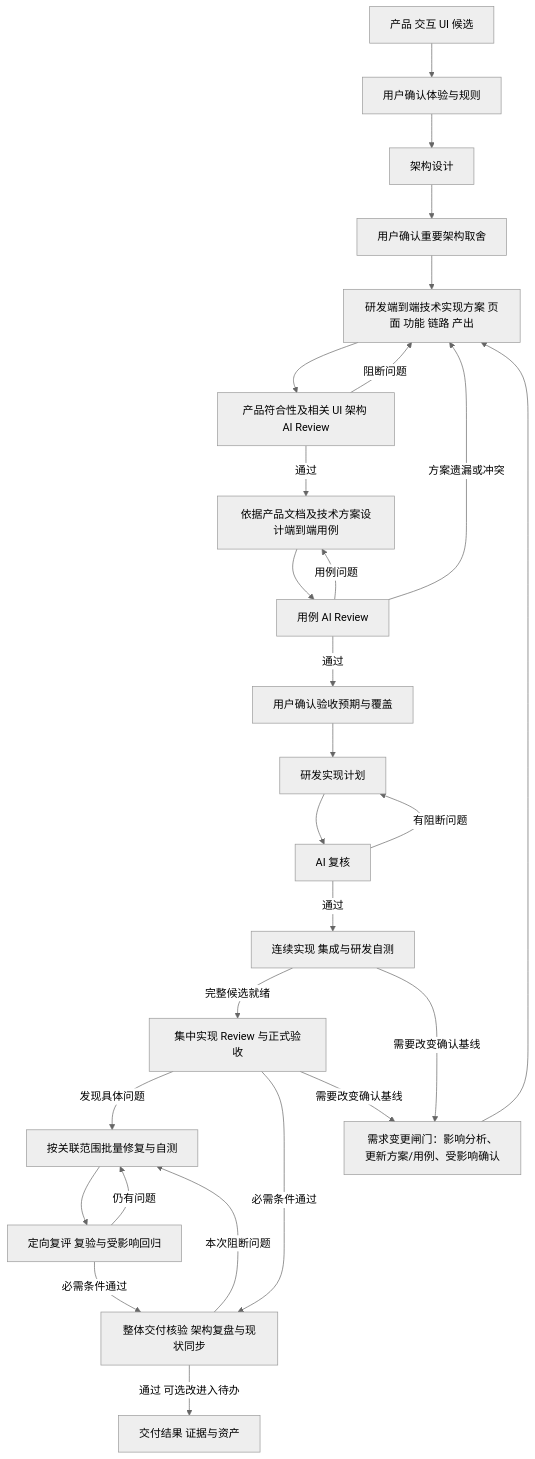
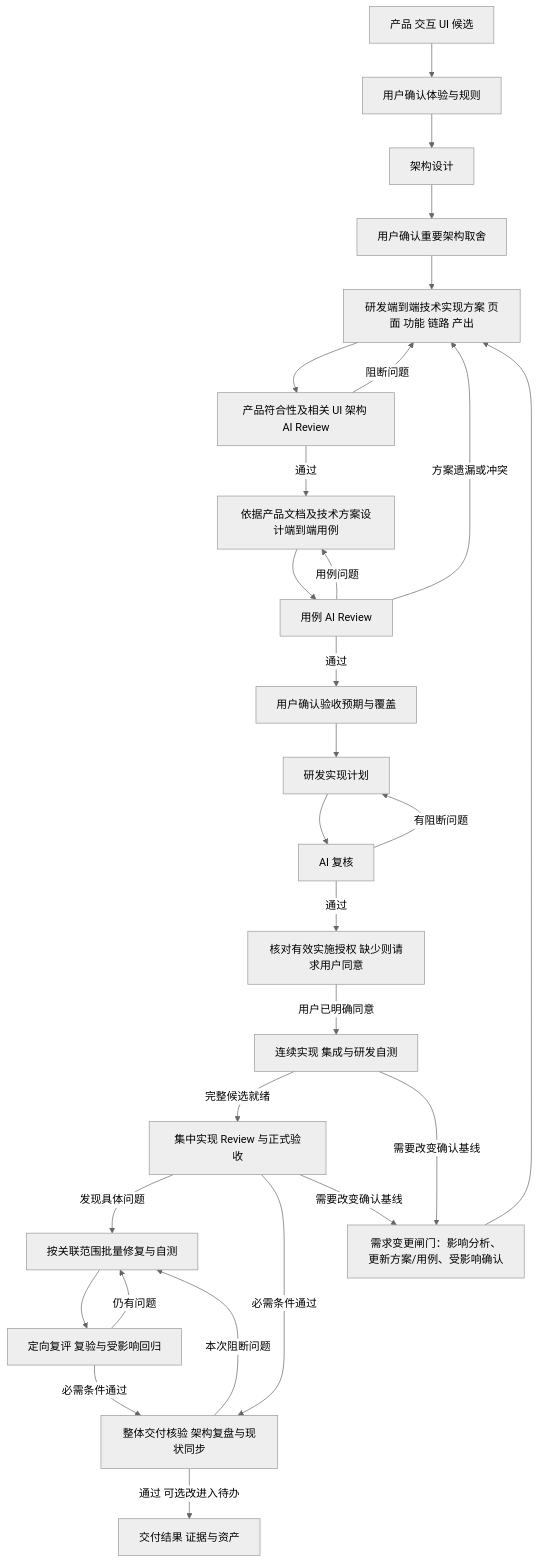
One commit to guoshencheng/dev-flow changed the diagram in skills/dev-flow/references/execution-contract.md. Above: the diagram before and after it, drawn with Mermaid (neutral theme). The commit also changed other lines of this file and 28 other files, not shown here.

Commit message:
feat(dev-flow): 完善实施授权与代码文档收尾

````diff
--- a/skills/dev-flow/references/execution-contract.md
+++ b/skills/dev-flow/references/execution-contract.md
@@ -100,29 +117,30 @@
 ```mermaid
 flowchart TD
     A[产品 交互 UI 候选] --> B[用户确认体验与规则]
     B --> C[架构设计]
     C --> D[用户确认重要架构取舍]
     D --> P[研发端到端技术实现方案 页面 功能 链路 产出]
     P --> Q[产品符合性及相关 UI 架构 AI Review]
     Q -->|阻断问题| P
     Q -->|通过| E[依据产品文档及技术方案设计端到端用例]
     E --> R[用例 AI Review]
     R -->|用例问题| E
     R -->|方案遗漏或冲突| P
     R -->|通过| F[用户确认验收预期与覆盖]
     F --> G[研发实现计划]
     G --> H[AI 复核]
     H -->|有阻断问题| G
-    H -->|通过| I[连续实现 集成与研发自测]
+    H -->|通过| S[核对有效实施授权 缺少则请求用户同意]
+    S -->|用户已明确同意| I[连续实现 集成与研发自测]
     I -->|完整候选就绪| J[集中实现 Review 与正式验收]
     J -->|发现具体问题| K[按关联范围批量修复与自测]
     K --> L[定向复评 复验与受影响回归]
     L -->|仍有问题| K
     J -->|必需条件通过| O[整体交付核验 架构复盘与现状同步]
     L -->|必需条件通过| O
     O -->|本次阻断问题| K
     O -->|通过 可选改进入待办| M[交付结果 证据与资产]
     I -->|需要改变确认基线| N[需求变更闸门：影响分析、更新方案/用例、受影响确认]
     J -->|需要改变确认基线| N
     N --> P
 ```
````
